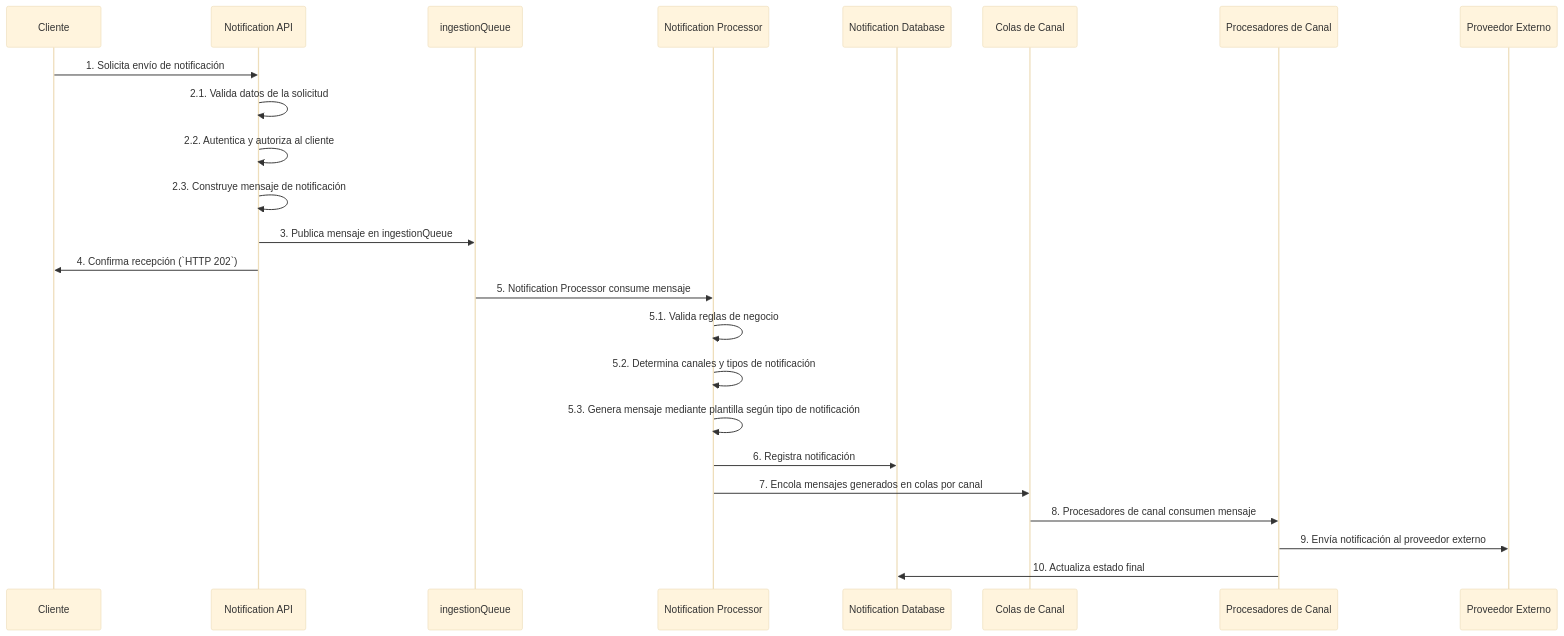
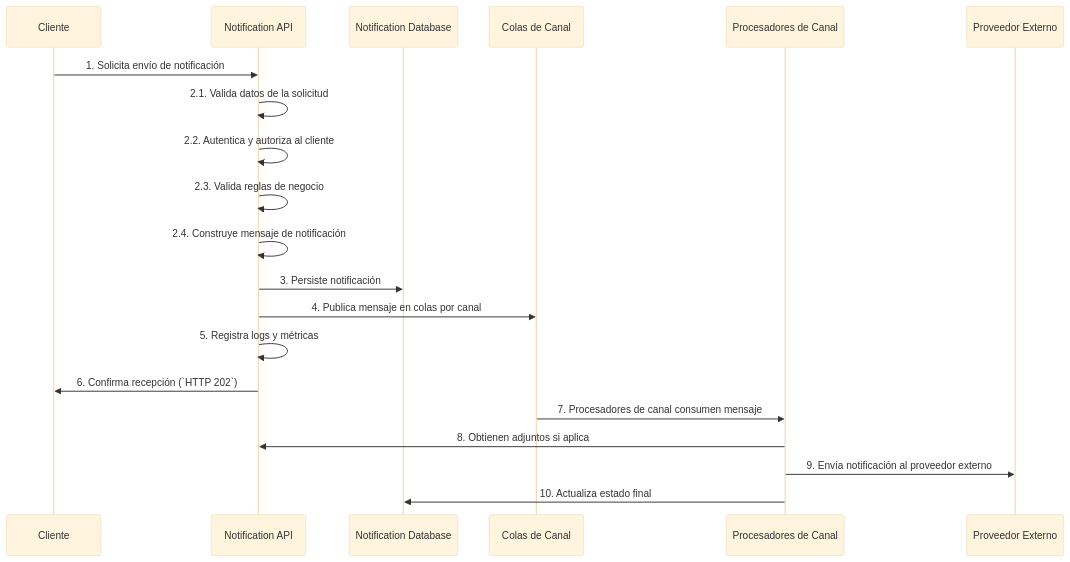
One commit to jclemente-tlm/tlm-doc-architecture changed the diagram in docs/servicios-corporativos/servicio-notificacion/06-vista-tiempo-ejecucion.md. Above: the diagram before and after it, drawn with Mermaid (base theme). The commit also changed other lines of this file and 2 other files, not shown here.

Commit message:
feat: actualiza info de notificaciones 1

````diff
--- a/docs/servicios-corporativos/servicio-notificacion/06-vista-tiempo-ejecucion.md
+++ b/docs/servicios-corporativos/servicio-notificacion/06-vista-tiempo-ejecucion.md
@@ -36,28 +33,24 @@
 ```mermaid
 sequenceDiagram
     participant Cliente as Cliente
     participant API as Notification API
-    participant Ingestion as ingestionQueue
-    participant Processor as Notification Processor
     participant DB as Notification Database
     participant ColasCanal as Colas de Canal
     participant ProcCanal as Procesadores de Canal
     participant Proveedor as Proveedor Externo
 
     Cliente->>API: 1. Solicita envío de notificación
     API->>API: 2.1. Valida datos de la solicitud
     API->>API: 2.2. Autentica y autoriza al cliente
-    API->>API: 2.3. Construye mensaje de notificación
-    API->>Ingestion: 3. Publica mensaje en ingestionQueue
-    API->>Cliente: 4. Confirma recepción (`HTTP 202`)
+    API->>API: 2.3. Valida reglas de negocio
+    API->>API: 2.4. Construye mensaje de notificación
+    API->>DB: 3. Persiste notificación
+    API->>ColasCanal: 4. Publica mensaje en colas por canal
+    API->>API: 5. Registra logs y métricas
+    API->>Cliente: 6. Confirma recepción (`HTTP 202`)
 
-    Ingestion->>Processor: 5. Notification Processor consume mensaje
-    Processor->>Processor: 5.1. Valida reglas de negocio
-    Processor->>Processor: 5.2. Determina canales y tipos de notificación
-    Processor->>Processor: 5.3. Genera mensaje mediante plantilla según tipo de notificación
-    Processor->>DB: 6. Registra notificación
-    Processor->>ColasCanal: 7. Encola mensajes generados en colas por canal
-    ColasCanal->>ProcCanal: 8. Procesadores de canal consumen mensaje
+    ColasCanal->>ProcCanal: 7. Procesadores de canal consumen mensaje
+    ProcCanal->>API: 8. Obtienen adjuntos si aplica
     ProcCanal->>Proveedor: 9. Envía notificación al proveedor externo
     ProcCanal->>DB: 10. Actualiza estado final
 ```
````
